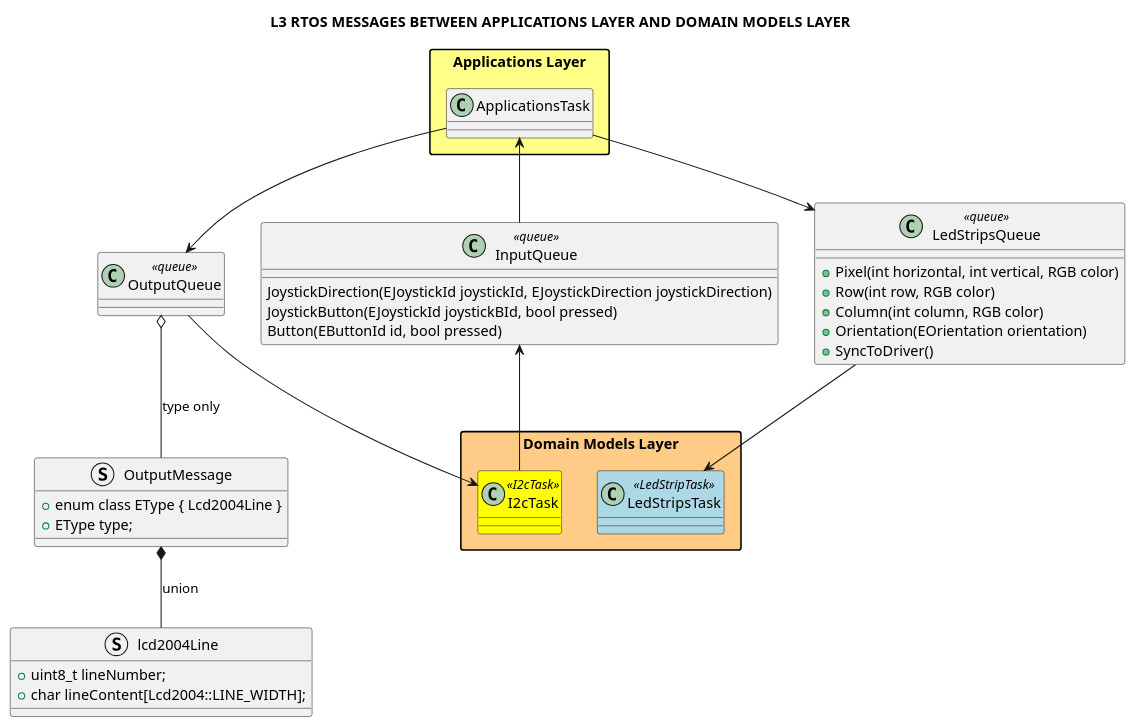
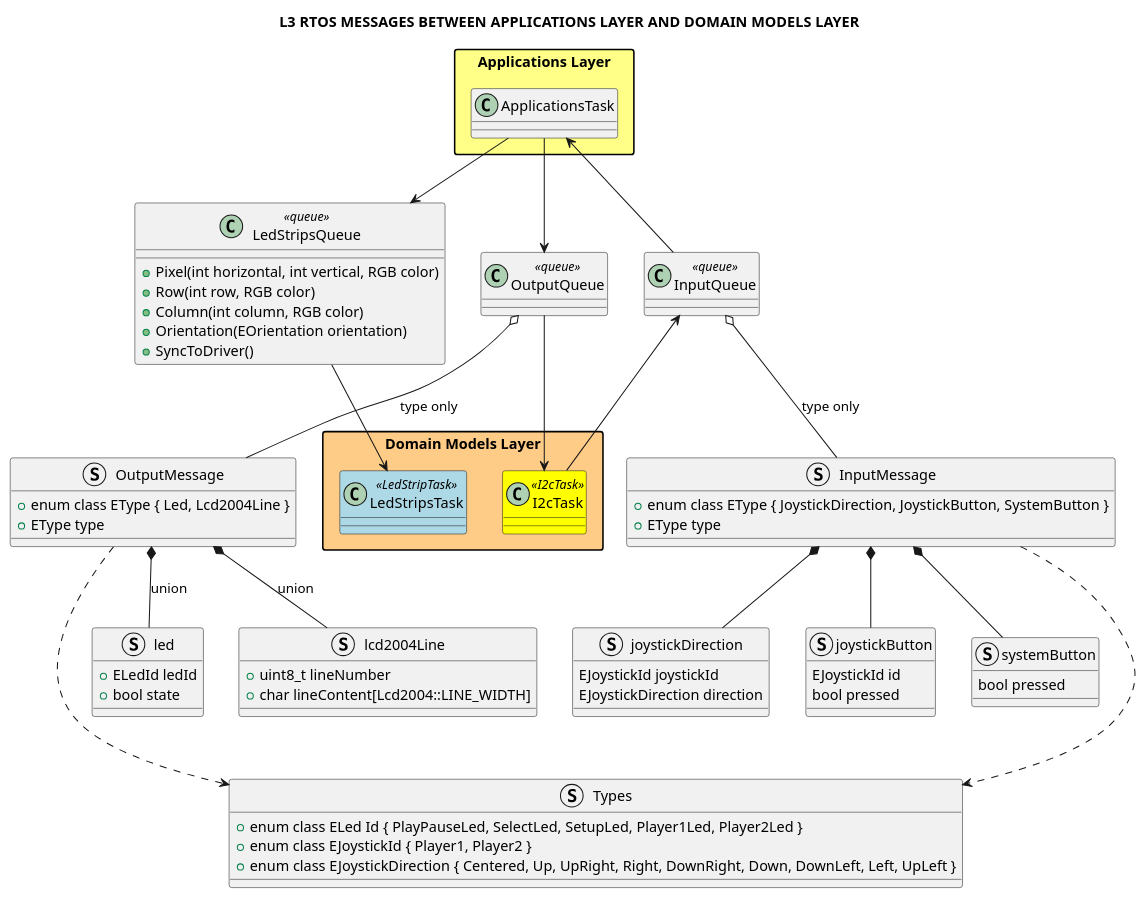
One commit to michelkeijzers/fraxis changed the diagram in Docs/Software Design/Layers/L3_messages.puml. Above: the diagram before and after it, drawn with PlantUML. The commit also changed 34 other files, not shown here.

```diff
--- a/Docs/Software Design/Layers/L3_messages.puml
+++ b/Docs/Software Design/Layers/L3_messages.puml
@@ -1,66 +1,110 @@
 @startuml
 
 title L3 RTOS MESSAGES BETWEEN APPLICATIONS LAYER AND DOMAIN MODELS LAYER
 
 skinparam packageStyle rectangle
 skinparam lineThickness 2
 
 '------------------------------------------------------------------------------------------------
 '                           APPLICATIONS LAYER 
 '------------------------------------------------------------------------------------------------
 
 package "Applications Layer" #ff8
 {
     class ApplicationsTask {}
 } 
 
 class LedStripsQueue <<queue>> 
 {
     + Pixel(int horizontal, int vertical, RGB color)
     + Row(int row, RGB color)
     + Column(int column, RGB color)
     + Orientation(EOrientation orientation)
     + SyncToDriver()
 }
 
 class OutputQueue <<queue>> 
 {
 }
 
 struct OutputMessage
 {
-    + enum class EType { Lcd2004Line }
-    + EType type;
+    + enum class EType { Led, Lcd2004Line }
+    + EType type
+}
+
+struct Types
+{
+    + enum class ELed Id { PlayPauseLed, SelectLed, SetupLed, Player1Led, Player2Led }
+    + enum class EJoystickId { Player1, Player2 }
+    + enum class EJoystickDirection { Centered, Up, UpRight, Right, DownRight, Down, DownLeft, Left, UpLeft }
+}
+
+struct led
+{
+    + ELedId ledId
+    + bool state
 }
 
 struct lcd2004Line 
 {
-    + uint8_t lineNumber;
-    + char lineContent[Lcd2004::LINE_WIDTH];
+    + uint8_t lineNumber
+    + char lineContent[Lcd2004::LINE_WIDTH]
 }
 
+OutputMessage *-- led : union
+OutputMessage *-- lcd2004Line : union
+
 OutputQueue o-- OutputMessage : type only
-OutputMessage *-- lcd2004Line : union
 
 class InputQueue <<queue>> 
 {
-    JoystickDirection(EJoystickId joystickId, EJoystickDirection joystickDirection)
-    JoystickButton(EJoystickId joystickBId, bool pressed)
-    Button(EButtonId id, bool pressed)
 }
 
 ApplicationsTask --> LedStripsQueue
 ApplicationsTask --> OutputQueue
 ApplicationsTask <-- InputQueue
+
+struct InputMessage
+{
+    + enum class EType { JoystickDirection, JoystickButton, SystemButton }
+    + EType type
+}
+
+InputQueue o-- InputMessage: type only
+
+OutputMessage ...> Types
+InputMessage ...> Types
+
+struct joystickDirection
+{
+    EJoystickId joystickId
+    EJoystickDirection direction
+}
+
+struct joystickButton
+{
+    EJoystickId id
+    bool pressed
+} 
+
+struct systemButton
+{
+    bool pressed
+} 
+
+InputMessage *-- joystickDirection
+InputMessage *-- joystickButton
+InputMessage *-- systemButton
 
 package "Domain Models Layer" as DomainModelsLayer #fc8
 {
     class I2cTask <<I2cTask>> #yellow
     class LedStripsTask <<LedStripTask>> #lightblue
 }
 
 LedStripsQueue --> LedStripsTask
 OutputQueue --> I2cTask
 InputQueue <-- I2cTask
 
 @enduml
```
